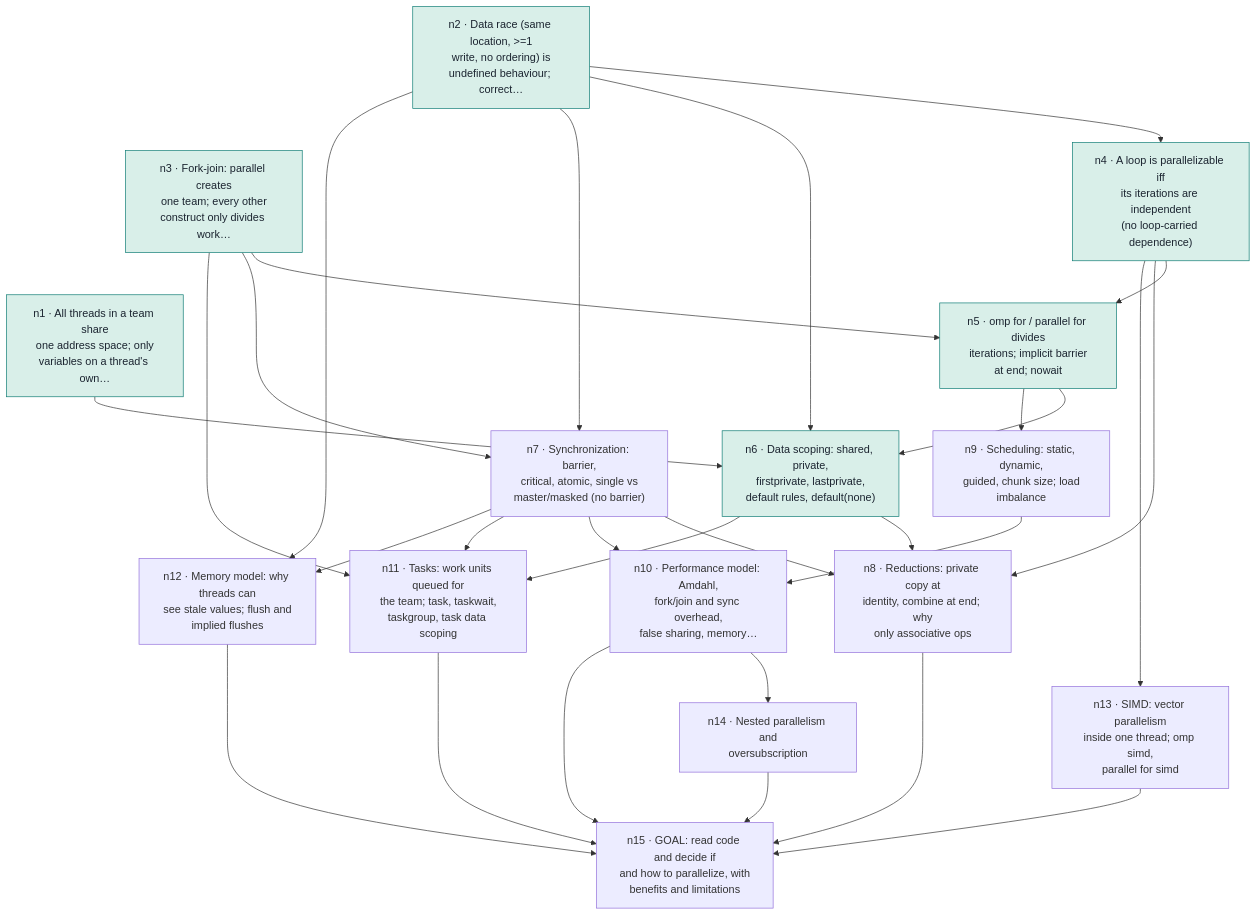
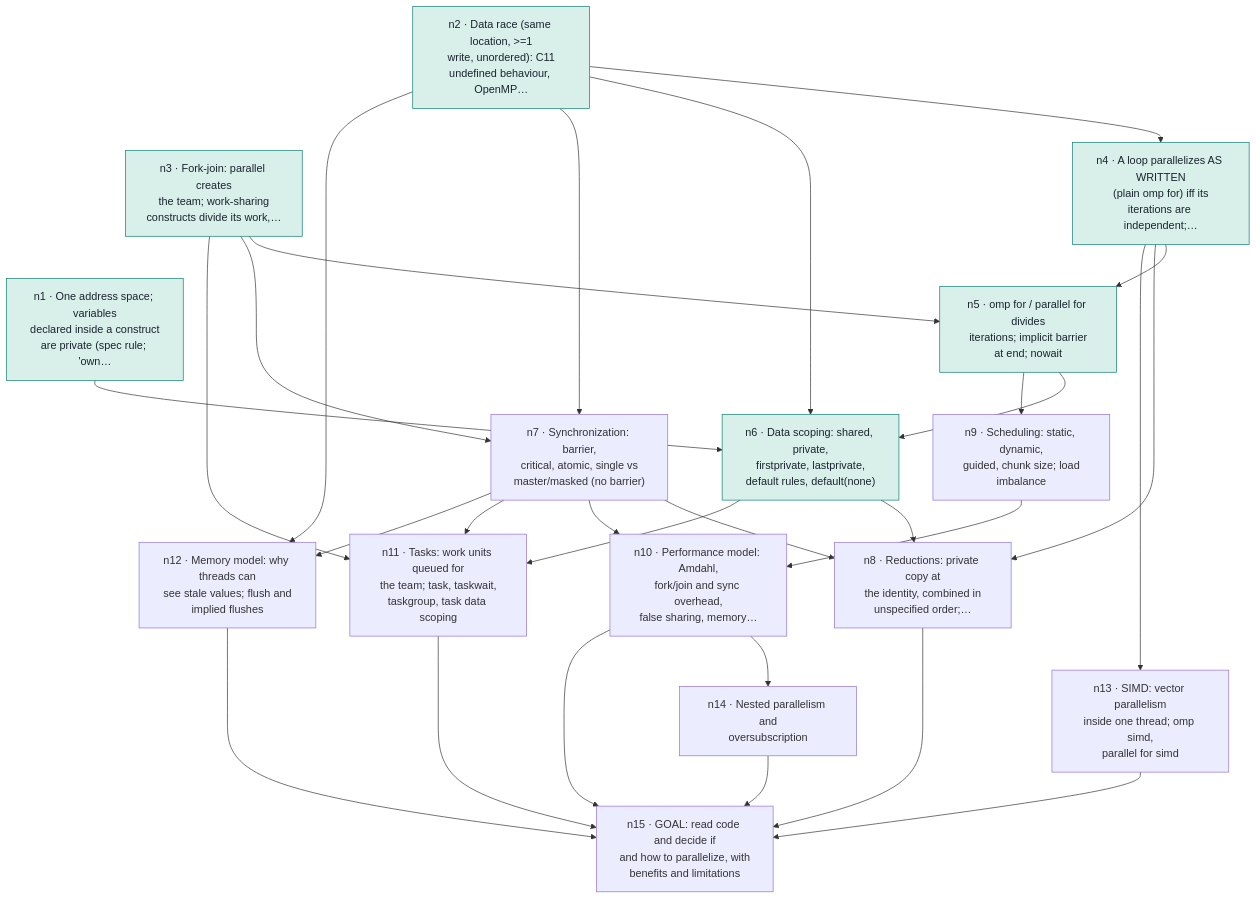
One commit to HansHjermundrud/LearningforLunch changed the diagram in state/progress.md. Above: the diagram before and after it, drawn with Mermaid. The commit also changed other lines of this file and 6 other files, not shown here.

First line of the commit message:
Migrate the OpenMP lesson to state v2, audit its material, prepare n7-n9

````diff
--- a/state/progress.md
+++ b/state/progress.md
@@ -32,49 +33,49 @@
 ```mermaid
 graph TD
-  n1["n1 · All threads in a team share<br>one address space; only<br>variables on a thread's own…"]
-  n2["n2 · Data race (same location, >=1<br>write, no ordering) is<br>undefined behaviour; correct…"]
-  n3["n3 · Fork-join: parallel creates<br>one team; every other<br>construct only divides work…"]
-  n4["n4 · A loop is parallelizable iff<br>its iterations are independent<br>(no loop-carried dependence)"]
+  n1["n1 · One address space; variables<br>declared inside a construct<br>are private (spec rule; 'own…"]
+  n2["n2 · Data race (same location, >=1<br>write, unordered): C11<br>undefined behaviour, OpenMP…"]
+  n3["n3 · Fork-join: parallel creates<br>the team; work-sharing<br>constructs divide its work,…"]
+  n4["n4 · A loop parallelizes AS WRITTEN<br>(plain omp for) iff its<br>iterations are independent;…"]
   n5["n5 · omp for / parallel for divides<br>iterations; implicit barrier<br>at end; nowait"]
   n6["n6 · Data scoping: shared, private,<br>firstprivate, lastprivate,<br>default rules, default(none)"]
   n7["n7 · Synchronization: barrier,<br>critical, atomic, single vs<br>master/masked (no barrier)"]
-  n8["n8 · Reductions: private copy at<br>identity, combine at end; why<br>only associative ops"]
+  n8["n8 · Reductions: private copy at<br>the identity, combined in<br>unspecified order;…"]
   n9["n9 · Scheduling: static, dynamic,<br>guided, chunk size; load<br>imbalance"]
   n10["n10 · Performance model: Amdahl,<br>fork/join and sync overhead,<br>false sharing, memory…"]
   n11["n11 · Tasks: work units queued for<br>the team; task, taskwait,<br>taskgroup, task data scoping"]
   n12["n12 · Memory model: why threads can<br>see stale values; flush and<br>implied flushes"]
   n13["n13 · SIMD: vector parallelism<br>inside one thread; omp simd,<br>parallel for simd"]
   n14["n14 · Nested parallelism and<br>oversubscription"]
   n15["n15 · GOAL: read code and decide if<br>and how to parallelize, with<br>benefits and limitations"]
   n2 --> n4
   n3 --> n5
   n4 --> n5
   n1 --> n6
   n2 --> n6
   n5 --> n6
   n2 --> n7
   n3 --> n7
   n4 --> n8
   n6 --> n8
   n7 --> n8
   n5 --> n9
   n7 --> n10
   n9 --> n10
   n3 --> n11
   n6 --> n11
   n7 --> n11
   n2 --> n12
   n7 --> n12
   n4 --> n13
   n10 --> n14
   n8 --> n15
   n10 --> n15
   n11 --> n15
   n12 --> n15
   n13 --> n15
   n14 --> n15
   classDef done fill:#d9efe9,stroke:#0e7c74,color:#1b2430
   classDef shaky fill:#fbe9d7,stroke:#b9600a,color:#1b2430
   classDef current fill:#fff4c2,stroke:#b8860b,stroke-width:2px,color:#1b2430
   class n1,n2,n3,n4,n5,n6 done
 ```
````
